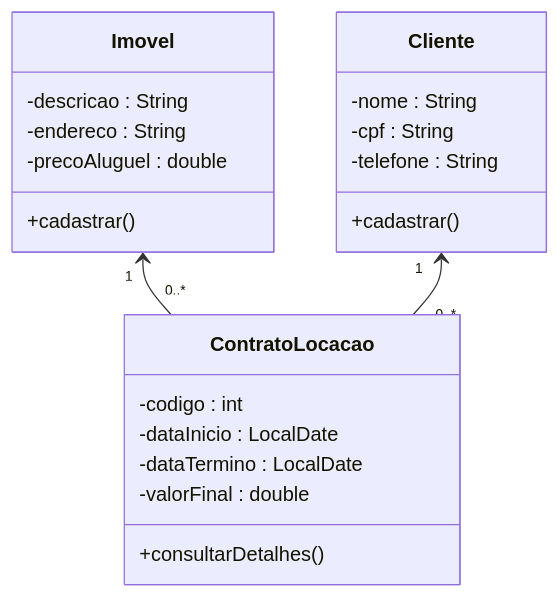
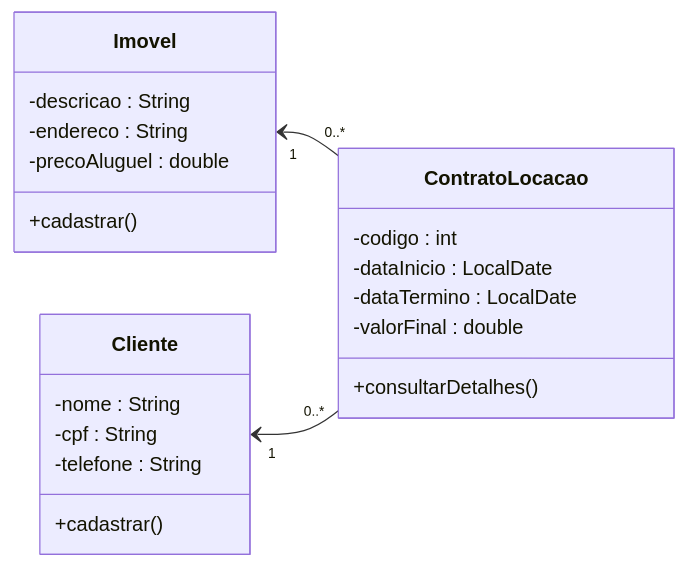
One commit to LucasPachecoKempfer/estruturaDeDados changed the diagram in Atividade2/src/readme.md. Above: the diagram before and after it, drawn with Mermaid.

Commit message:
mudança direção do diagrama

````diff
--- a/Atividade2/src/readme.md
+++ b/Atividade2/src/readme.md
@@ -3,28 +3,29 @@
 ```mermaid
 classDiagram
+direction LR
 
 class Imovel{
     -descricao : String
     -endereco : String
     -precoAluguel : double
     +cadastrar()
 }
 
 class Cliente{
     -nome : String
     -cpf : String
     -telefone : String
     +cadastrar()
 }
 
 class ContratoLocacao{
     -codigo : int
     -dataInicio : LocalDate
     -dataTermino : LocalDate
     -valorFinal : double
     +consultarDetalhes()
 }
 
 Imovel "1" <-- "0..*" ContratoLocacao
 Cliente "1" <-- "0..*" ContratoLocacao
 ```
````
